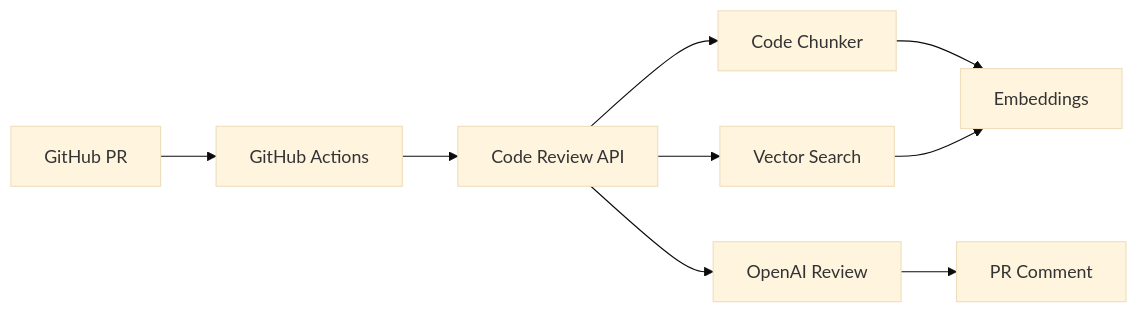
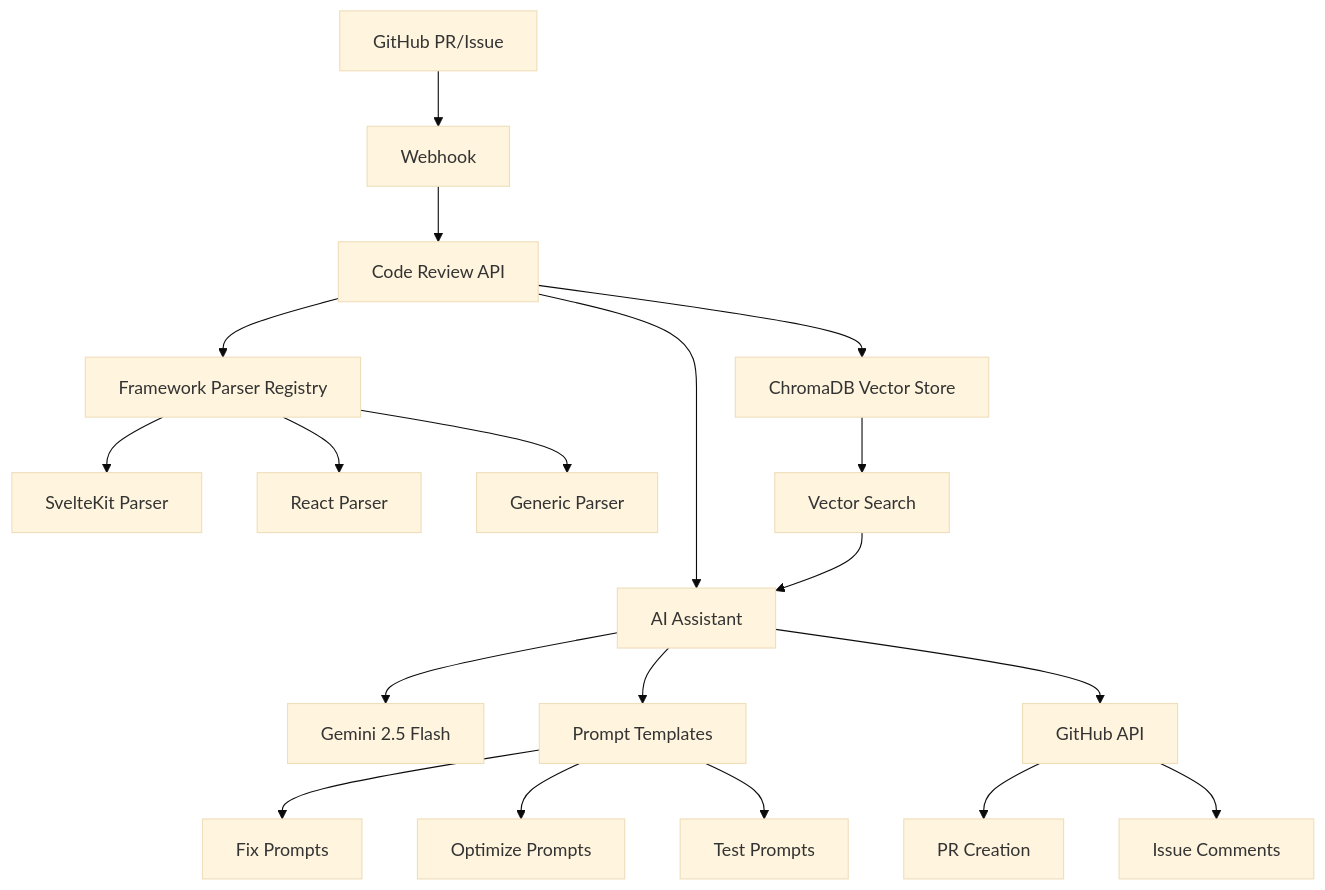
One commit to Dave-lab12/code-guardian changed the diagram in README.md. Above: the diagram before and after it, drawn with Mermaid (base theme). The commit also changed other lines of this file, not shown here.

````diff
--- a/README.md
+++ b/README.md
@@ -18,11 +19,26 @@
 ```mermaid
-graph LR
-    A[GitHub PR] --> B[GitHub Actions]
+graph TB
+    A[GitHub PR/Issue] --> B[Webhook]
     B --> C[Code Review API]
-    C --> D[Code Chunker]
-    C --> E[Vector Search]
-    C --> F[OpenAI Review]
-    D --> G[Embeddings]
-    E --> G
-    F --> H[PR Comment]
+    
+    C --> D[Framework Parser Registry]
+    D --> E[SvelteKit Parser]
+    D --> F[React Parser]
+    D --> G[Generic Parser]
+    
+    C --> H[ChromaDB Vector Store]
+    C --> I[AI Assistant]
+    
+    I --> J[Gemini 2.5 Flash]
+    I --> K[Prompt Templates]
+    K --> L[Fix Prompts]
+    K --> M[Optimize Prompts]
+    K --> N[Test Prompts]
+    
+    I --> O[GitHub API]
+    O --> P[PR Creation]
+    O --> Q[Issue Comments]
+    
+    H --> R[Vector Search]
+    R --> I
 ```
````
